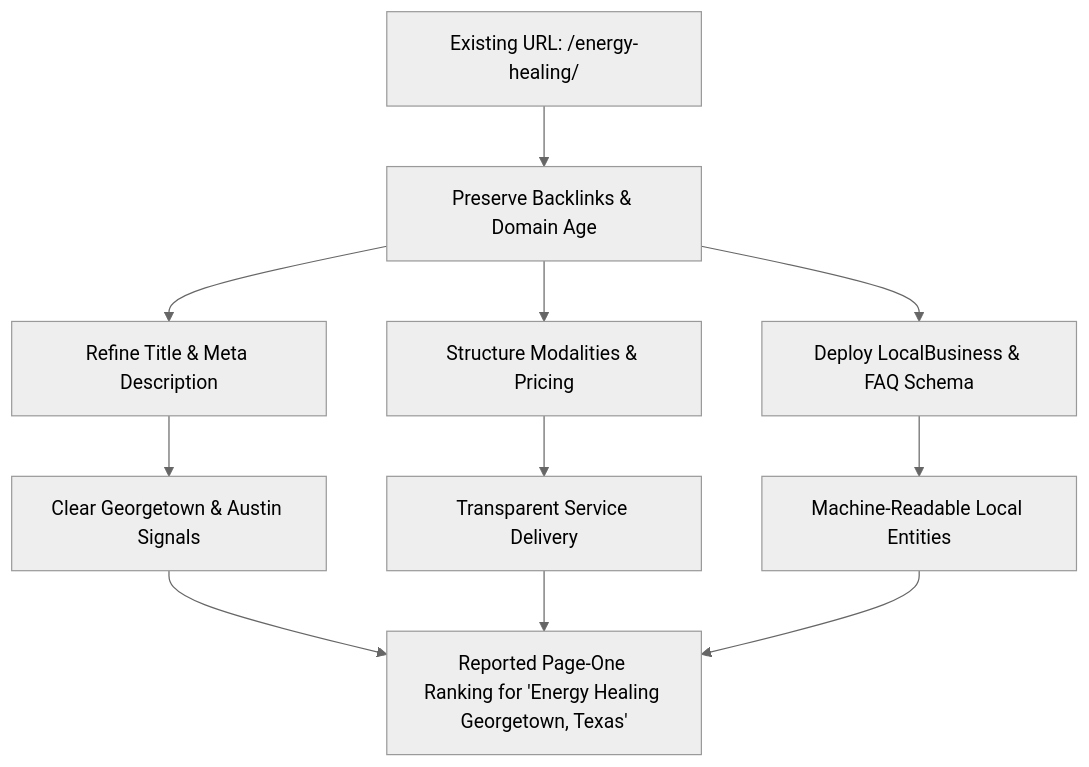
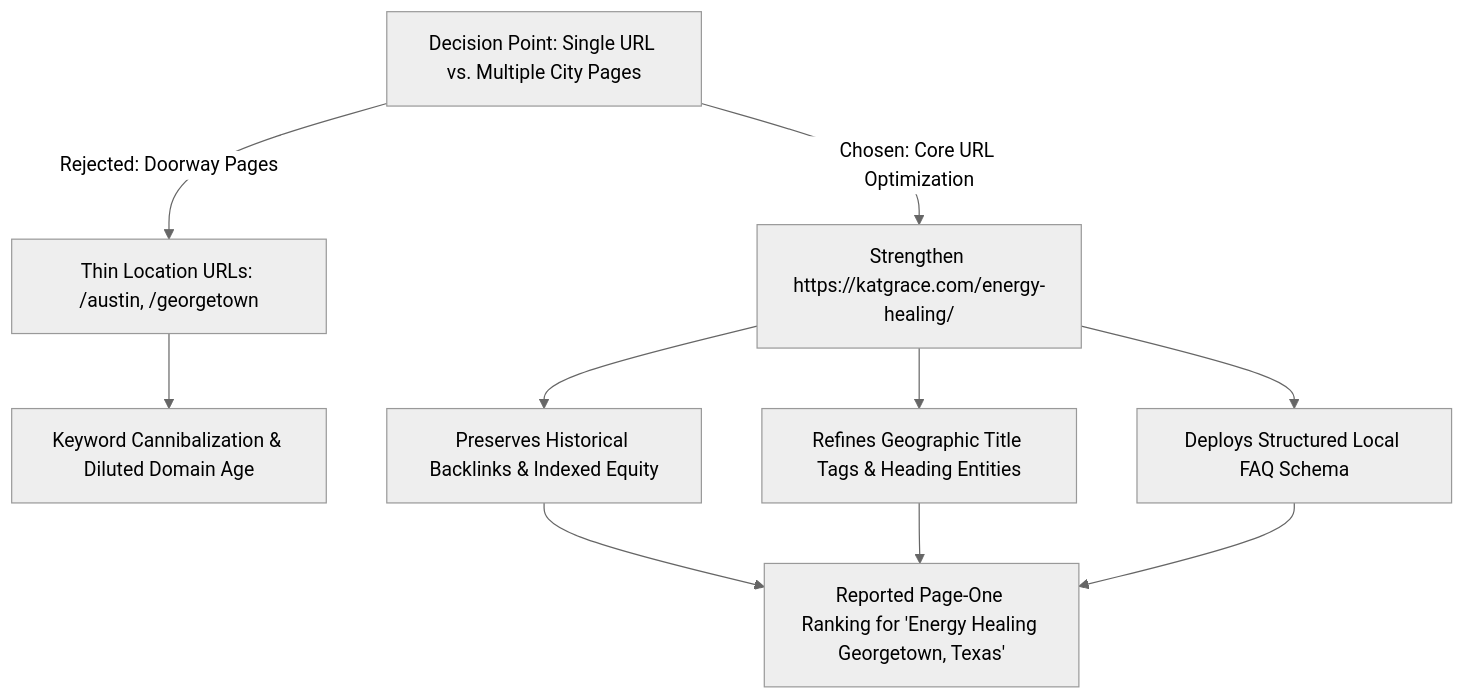
Before and after one commit to NavCGaur/Naveen-Portfolio: the diagram in src/content/blog/local-seo-case-study-energy-healing-georgetown-texas.mdx, drawn with Mermaid (neutral theme). The commit also changed other lines of this file and 3 other files, not shown here.

Commit message:
Refine SEO authority articles with ChatGPT review feedback: proof placement, client engagement sequence, and targeted CTAs

````diff
--- a/src/content/blog/local-seo-case-study-energy-healing-georgetown-texas.mdx
+++ b/src/content/blog/local-seo-case-study-energy-healing-georgetown-texas.mdx
@@ -76,13 +81,13 @@
 ```mermaid
 graph TD
-    A[Existing URL: /energy-healing/] --> B[Preserve Backlinks & Domain Age]
-    B --> C[Refine Title & Meta Description]
-    B --> D[Structure Modalities & Pricing]
-    B --> E[Deploy LocalBusiness & FAQ Schema]
+    A[Decision Point: Single URL vs. Multiple City Pages]
+    A -->|Rejected: Doorway Pages| B[Thin Location URLs: /austin, /georgetown]
+    B --> C[Keyword Cannibalization & Diluted Domain Age]
     
-    C --> F[Clear Georgetown & Austin Signals]
-    D --> G[Transparent Service Delivery]
-    E --> H[Machine-Readable Local Entities]
+    A -->|Chosen: Core URL Optimization| D[Strengthen https://katgrace.com/energy-healing/]
+    D --> E[Preserves Historical Backlinks & Indexed Equity]
+    D --> F[Refines Geographic Title Tags & Heading Entities]
+    D --> G[Deploys Structured Local FAQ Schema]
     
-    F & G & H --> I[Reported Page-One Ranking for 'Energy Healing Georgetown, Texas']
+    E & F & G --> H[Reported Page-One Ranking for 'Energy Healing Georgetown, Texas']
 ```
````
